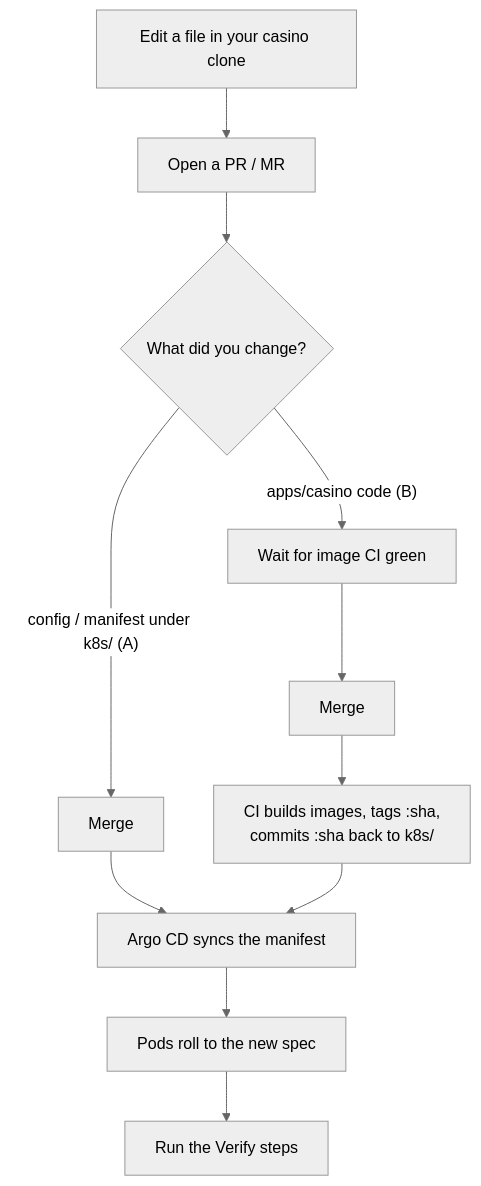
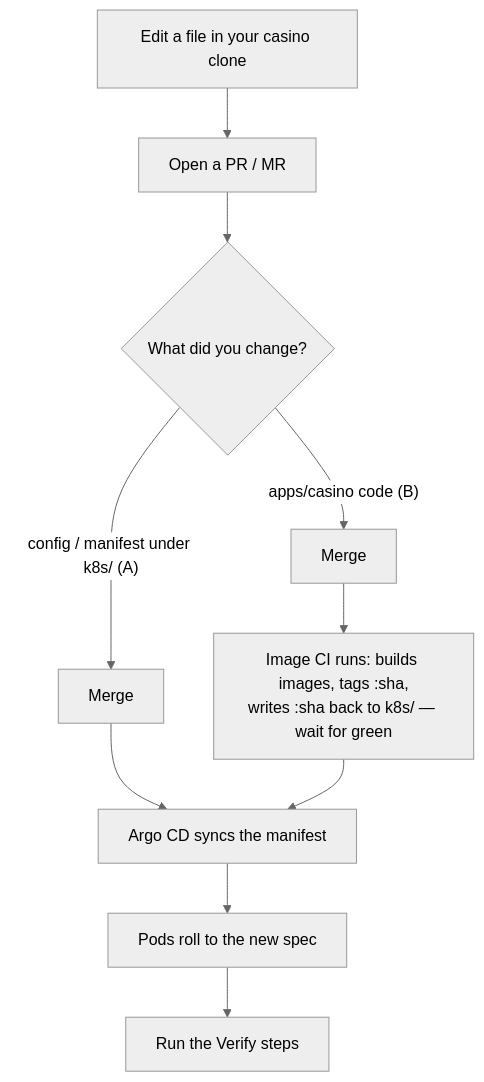
One commit to henrikrexed/Otel-Training changed the second of 3 diagrams in docs-site/setup.md. Above: the diagram before and after it, drawn with Mermaid (neutral theme). The commit also changed other lines of this file and 7 other files, not shown here.

First line of the commit message:
docs(gitops): reword Branch B ship step to post-merge CI ordering (ISI-7943)

````diff
--- a/docs-site/setup.md
+++ b/docs-site/setup.md
@@ -568,13 +569,12 @@
 ```mermaid
 flowchart TB
   edit["Edit a file in your casino clone"] --> pr["Open a PR / MR"]
   pr --> branch{"What did you change?"}
   branch -- "config / manifest under k8s/ (A)" --> mergeA["Merge"]
-  branch -- "apps/casino code (B)" --> ci["Wait for image CI green"]
-  ci --> mergeB["Merge"]
-  mergeB --> build["CI builds images, tags :sha,<br/>commits :sha back to k8s/"]
+  branch -- "apps/casino code (B)" --> mergeB["Merge"]
+  mergeB --> build["Image CI runs: builds images, tags :sha,<br/>writes :sha back to k8s/ — wait for green"]
   mergeA --> argo["Argo CD syncs the manifest"]
   build --> argo
   argo --> rollout["Pods roll to the new spec"]
   rollout --> test["Run the Verify steps"]
 ```
````
